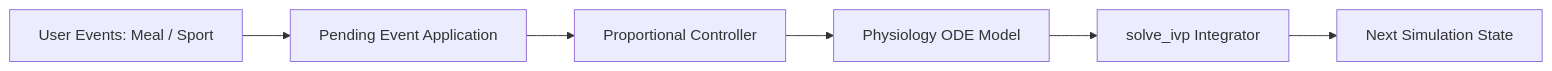
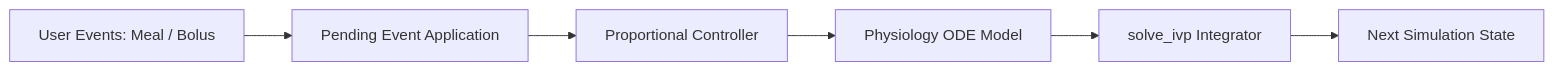
The diagram in project_files/model_summary.md (listi634/DT_BloodSugar_Insulin_Team1), drawn with Mermaid before and after one commit. The commit also changed other lines of this file and 43 other files, not shown here.

````diff
--- a/project_files/model_summary.md
+++ b/project_files/model_summary.md
@@ -129,8 +124,8 @@
 ```mermaid
 flowchart LR
-    U[User Events: Meal / Sport] --> E[Pending Event Application]
+    U[User Events: Meal / Bolus] --> E[Pending Event Application]
     E --> C[Proportional Controller]
     C --> M[Physiology ODE Model]
     M --> I[solve_ivp Integrator]
     I --> S[Next Simulation State]
 ```
````
